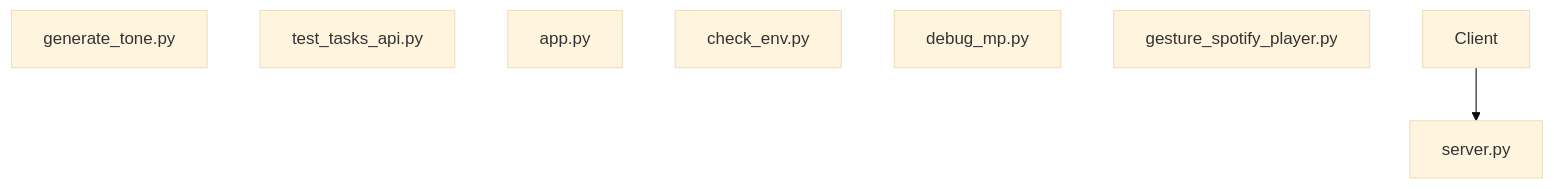
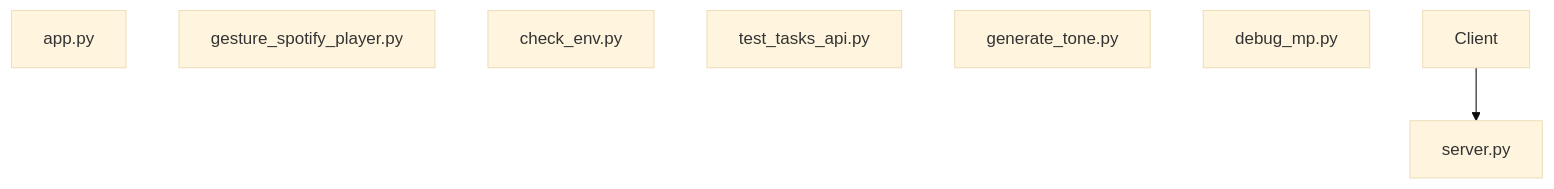
The diagram in diagrams/architecture.mermaid (NITISH-R-G/PalmPlay), drawn with Mermaid (base theme) before and after one commit. The commit also changed other lines of this file and 3 other files, not shown here.

Commit message:
docs(auto): Update repository architecture and README [skip ci]

```diff
--- a/diagrams/architecture.mermaid
+++ b/diagrams/architecture.mermaid
@@ -1,9 +1,9 @@
 graph TD;
+    app["app.py"];
+    gesture_spotify_player["gesture_spotify_player.py"];
+    check_env["check_env.py"];
+    test_tasks_api["test_tasks_api.py"];
     generate_tone["generate_tone.py"];
-    test_tasks_api["test_tasks_api.py"];
-    app["app.py"];
+    debug_mp["debug_mp.py"];
     server["server.py"];
-    check_env["check_env.py"];
-    debug_mp["debug_mp.py"];
-    gesture_spotify_player["gesture_spotify_player.py"];
     Client --> server;
```
